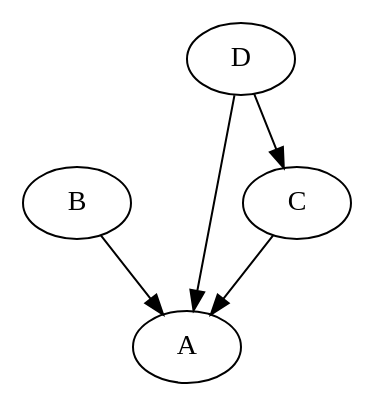
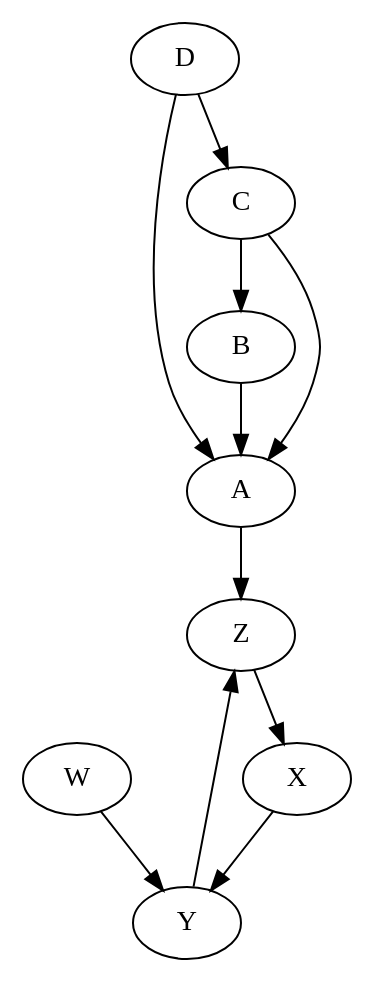
One commit to bkelsey2216/Advogato changed the diagram in master-graph.dot. Above: the diagram before and after it, drawn with Graphviz. The commit also changed 6 other files, not shown here.

```diff
--- a/master-graph.dot
+++ b/master-graph.dot
@@ -1,12 +1,12 @@
 digraph G {
    B -> A [level="Observer"];
    C -> A [level="Observer"];
    D -> A [level="Master"];
    D -> C [level="Observer"];
-   /*F -> A [level="Observer"];
-   G -> D [level="Observer"];
-   H -> C [level="Observer"];
-   G -> E [level="Observer"];
-   K -> J [level="Observer"];
-   Q -> R [level="Master"];*/
+   C -> B [level="Observer"];
+   X -> Y [level="Observer"];
+   Z -> X [level="Observer"];
+   Y -> Z [level="Observer"];
+   W -> Y [level="Observer"];
+   A -> Z [level="Master"];
 }
```
